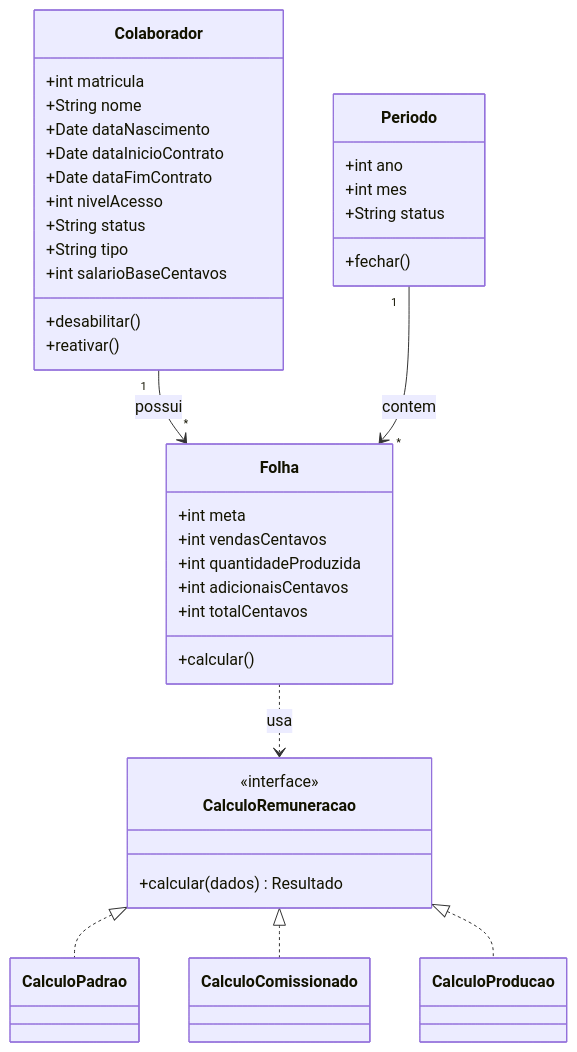
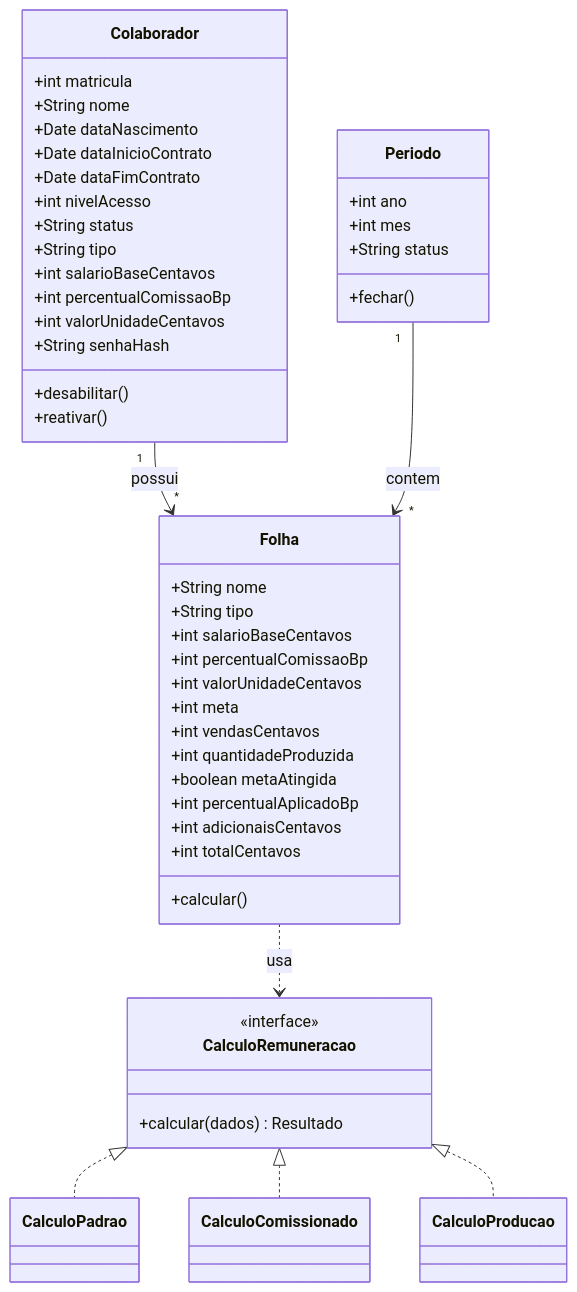
The first of 6 diagrams in 02_Analise/Diagramas_UML.md (jvfraga01/Projeto_FolhaPagamento), drawn with Mermaid before and after one commit.

Commit message:
Atualização UML

````diff
--- a/02_Analise/Diagramas_UML.md
+++ b/02_Analise/Diagramas_UML.md
@@ -7,43 +7,53 @@
 ```mermaid
 classDiagram
     class Colaborador {
         +int matricula
         +String nome
         +Date dataNascimento
         +Date dataInicioContrato
         +Date dataFimContrato
         +int nivelAcesso
         +String status
         +String tipo
         +int salarioBaseCentavos
+        +int percentualComissaoBp
+        +int valorUnidadeCentavos
+        +String senhaHash
         +desabilitar()
         +reativar()
     }
     class Periodo {
         +int ano
         +int mes
         +String status
         +fechar()
     }
     class Folha {
+        +String nome
+        +String tipo
+        +int salarioBaseCentavos
+        +int percentualComissaoBp
+        +int valorUnidadeCentavos
         +int meta
         +int vendasCentavos
         +int quantidadeProduzida
+        +boolean metaAtingida
+        +int percentualAplicadoBp
         +int adicionaisCentavos
         +int totalCentavos
         +calcular()
     }
     class CalculoRemuneracao {
         <<interface>>
         +calcular(dados) Resultado
     }
     class CalculoPadrao
     class CalculoComissionado
     class CalculoProducao
     Colaborador "1" --> "*" Folha : possui
     Periodo "1" --> "*" Folha : contem
     Folha ..> CalculoRemuneracao : usa
     CalculoRemuneracao <|.. CalculoPadrao
     CalculoRemuneracao <|.. CalculoComissionado
     CalculoRemuneracao <|.. CalculoProducao
 ```
````
